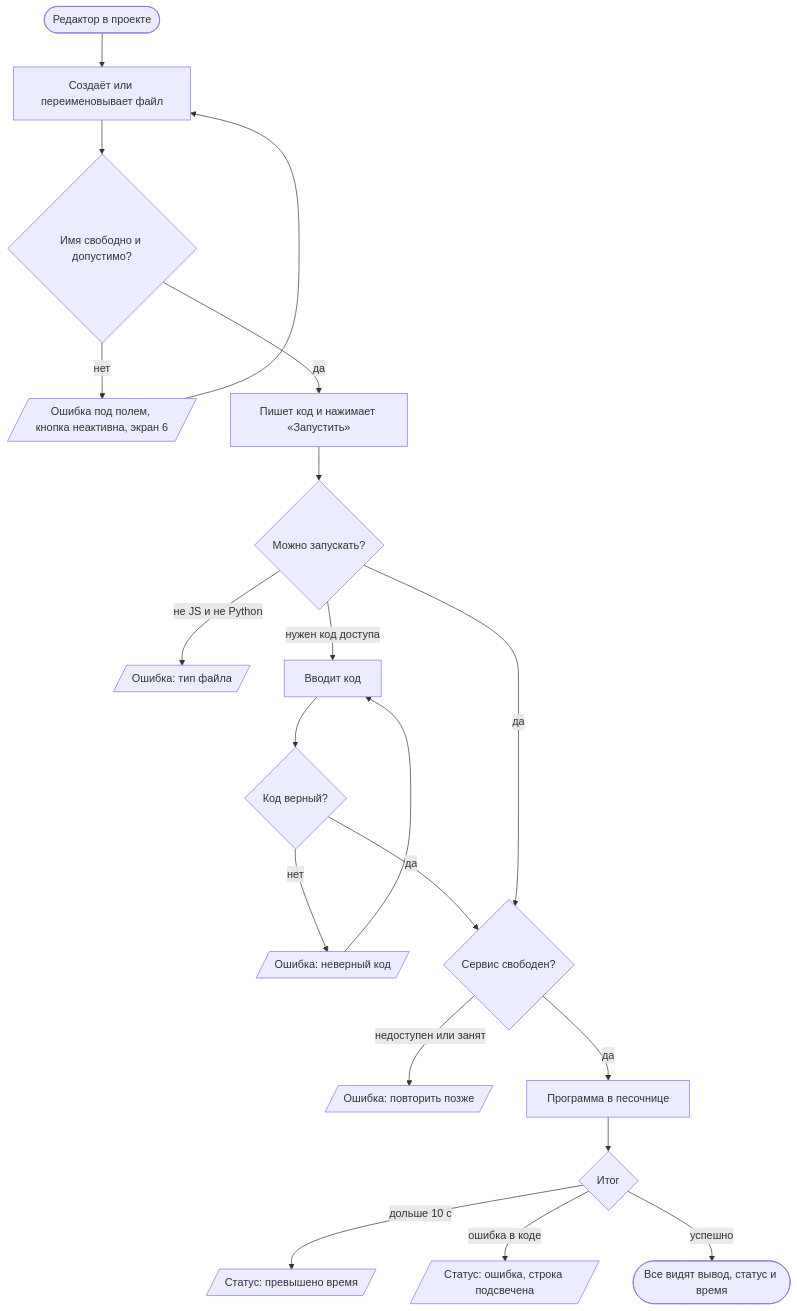
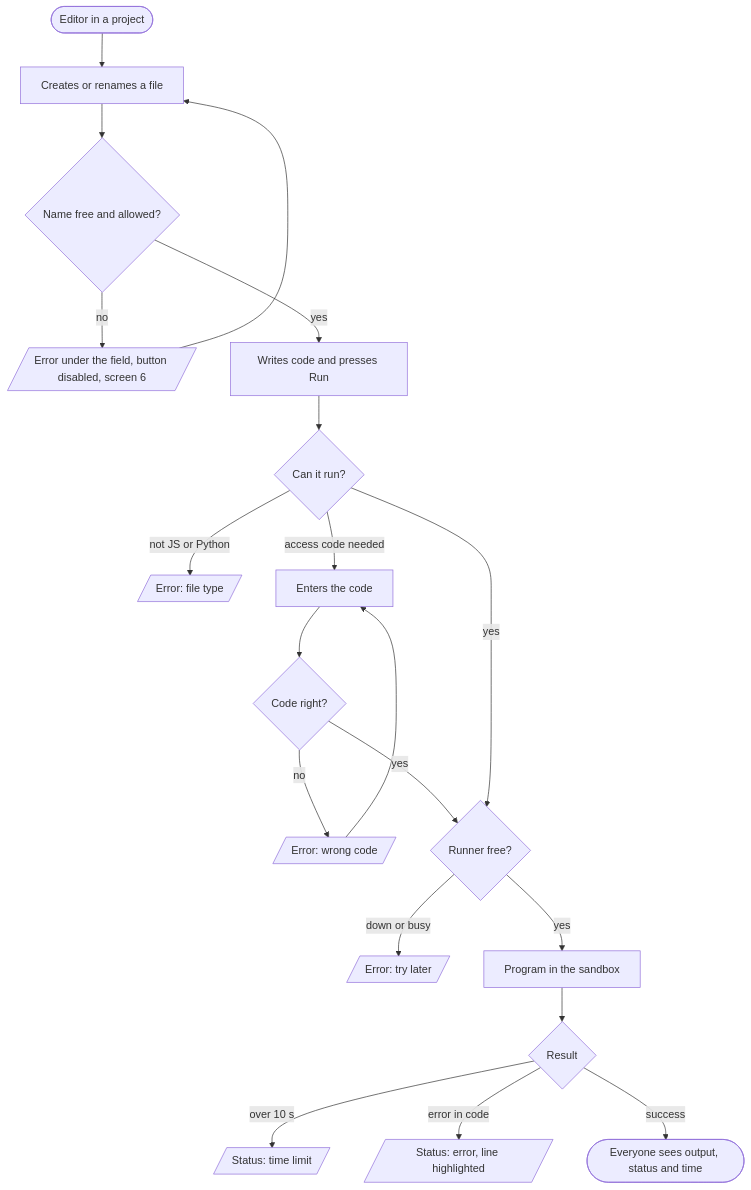
The diagram in docs/ux/diagrams/flow-3-run.mmd (oCMEXo/my-Diplom), drawn with Mermaid before and after one commit. The commit also changed 40 other files, not shown here.

```diff
--- a/docs/ux/diagrams/flow-3-run.mmd
+++ b/docs/ux/diagrams/flow-3-run.mmd
@@ -1,17 +1,17 @@
 flowchart TD
-  A([Редактор в проекте]) --> B[Создаёт или переименовывает файл]
-  B --> C{Имя свободно и допустимо?}
-  C -- нет --> E1[/Ошибка под полем, кнопка неактивна, экран 6/] --> B
-  C -- да --> D[Пишет код и нажимает «Запустить»]
-  D --> G{Можно запускать?}
-  G -- не JS и не Python --> E3[/Ошибка: тип файла/]
-  G -- нужен код доступа --> H[Вводит код] --> HC{Код верный?}
-  HC -- нет --> E4[/Ошибка: неверный код/] --> H
-  HC -- да --> I
-  G -- да --> I{Сервис свободен?}
-  I -- недоступен или занят --> E5[/Ошибка: повторить позже/]
-  I -- да --> J[Программа в песочнице]
-  J --> K{Итог}
-  K -- дольше 10 с --> E7[/Статус: превышено время/]
-  K -- ошибка в коде --> E8[/Статус: ошибка, строка подсвечена/]
-  K -- успешно --> Z([Все видят вывод, статус и время])
+  A([Editor in a project]) --> B[Creates or renames a file]
+  B --> C{Name free and allowed?}
+  C -- no --> E1[/Error under the field, button disabled, screen 6/] --> B
+  C -- yes --> D[Writes code and presses Run]
+  D --> G{Can it run?}
+  G -- not JS or Python --> E3[/Error: file type/]
+  G -- access code needed --> H[Enters the code] --> HC{Code right?}
+  HC -- no --> E4[/Error: wrong code/] --> H
+  HC -- yes --> I
+  G -- yes --> I{Runner free?}
+  I -- down or busy --> E5[/Error: try later/]
+  I -- yes --> J[Program in the sandbox]
+  J --> K{Result}
+  K -- over 10 s --> E7[/Status: time limit/]
+  K -- error in code --> E8[/Status: error, line highlighted/]
+  K -- success --> Z([Everyone sees output, status and time])
```
